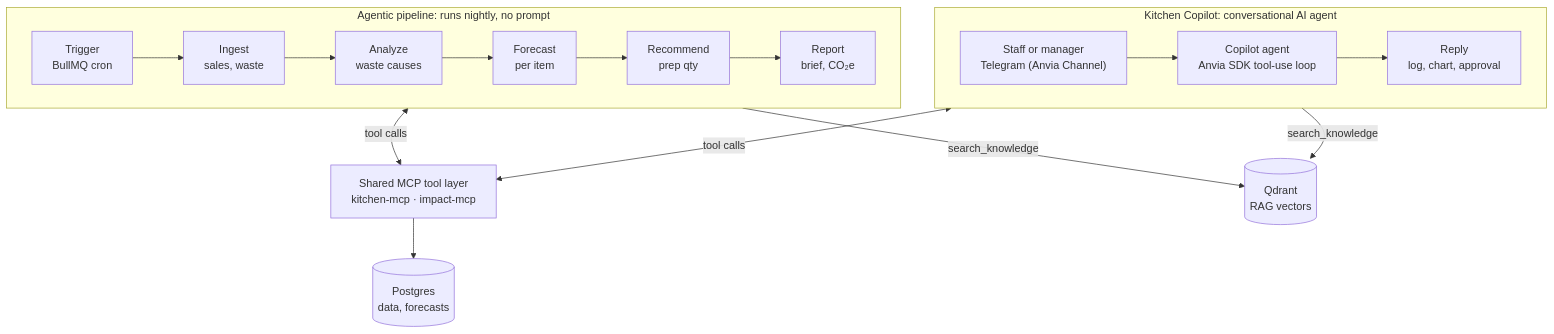
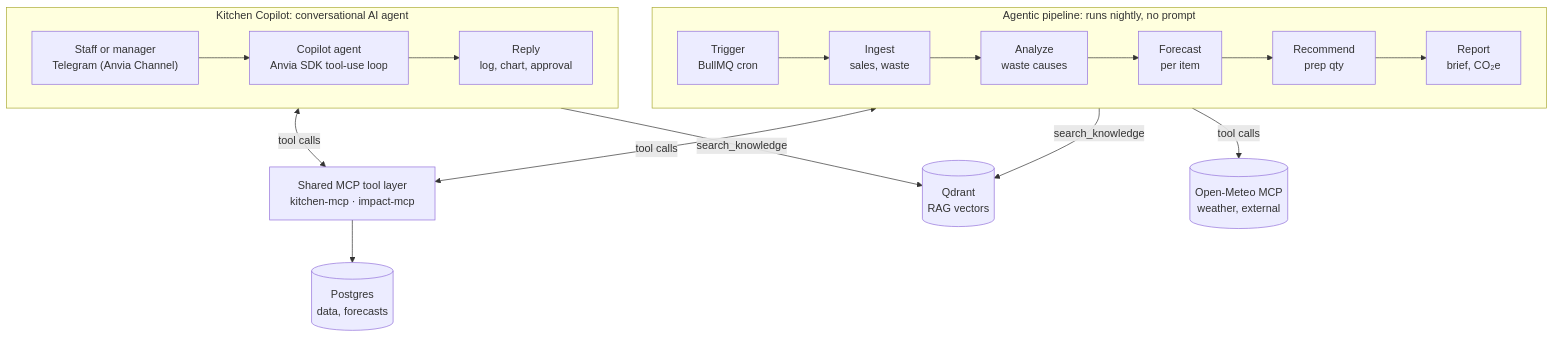
The diagram in technical-design.md (Zalayetha/SisaKu), drawn with Mermaid before and after one commit. The commit also changed other lines of this file and 1 other file, not shown here.

````diff
--- a/technical-design.md
+++ b/technical-design.md
@@ -20,19 +20,21 @@
 ```mermaid
 flowchart TB
   subgraph Pipeline["Agentic pipeline: runs nightly, no prompt"]
     direction LR
     T["Trigger<br/>BullMQ cron"] --> I["Ingest<br/>sales, waste"] --> A["Analyze<br/>waste causes"] --> F["Forecast<br/>per item"] --> R["Recommend<br/>prep qty"] --> Rep["Report<br/>brief, CO₂e"]
   end
   MCP["Shared MCP tool layer<br/>kitchen-mcp · impact-mcp"]
   DB[("Postgres<br/>data, forecasts")]
   Q[("Qdrant<br/>RAG vectors")]
   subgraph Copilot["Kitchen Copilot: conversational AI agent"]
     direction LR
     S["Staff or manager<br/>Telegram (Anvia Channel)"] --> C["Copilot agent<br/>Anvia SDK tool-use loop"] --> Re["Reply<br/>log, chart, approval"]
   end
   Pipeline <-- tool calls --> MCP
   Copilot <-- tool calls --> MCP
   MCP --> DB
   Pipeline -- search_knowledge --> Q
+  W[("Open-Meteo MCP<br/>weather, external")]
+  Pipeline -- tool calls --> W
   Copilot -- search_knowledge --> Q
 ```
````
